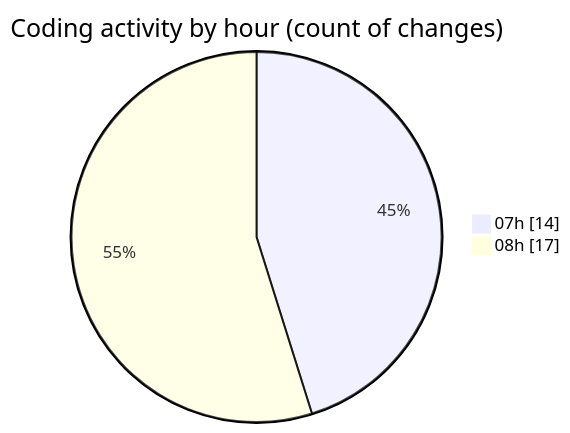
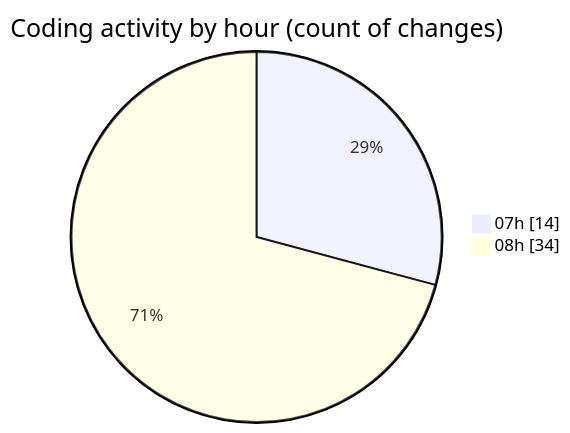
The second of 2 diagrams in 2025-02-05/mbc-web/README.md (robertbonfada/code-tracking), drawn with Mermaid before and after one commit. The commit also changed other lines of this file and 1 other file, not shown here.

````diff
--- a/2025-02-05/mbc-web/README.md
+++ b/2025-02-05/mbc-web/README.md
@@ -33,6 +33,6 @@
 ```mermaid
 pie showData
 title Coding activity by hour (count of changes)
 "07h" : 14
-"08h" : 17
+"08h" : 34
 ```
````
